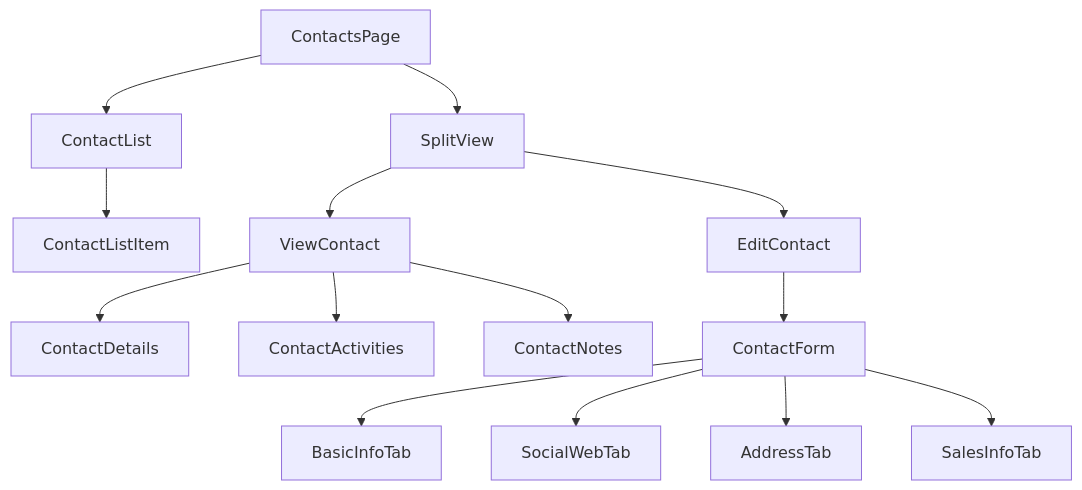
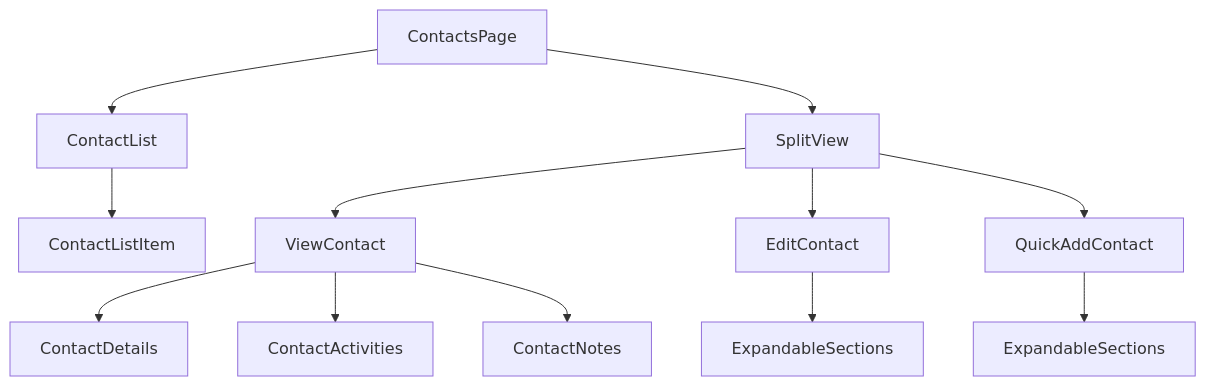
Before and after one commit to Shuggster/BonCRM: the second of 2 diagrams in Documentation/3-implementation-guides/CONTACTS_IMPLEMENTATION.md, drawn with Mermaid. The commit also changed other lines of this file and 47 other files, not shown here.

````diff
--- a/Documentation/3-implementation-guides/CONTACTS_IMPLEMENTATION.md
+++ b/Documentation/3-implementation-guides/CONTACTS_IMPLEMENTATION.md
@@ -68,18 +68,16 @@
 ```mermaid
 graph TD
     A[ContactsPage] --> B[ContactList]
     A --> C[SplitView]
     B --> D[ContactListItem]
     C --> E[ViewContact]
     C --> F[EditContact]
+    C --> G[QuickAddContact]
     
-    E --> G[ContactDetails]
-    E --> H[ContactActivities]
-    E --> I[ContactNotes]
+    E --> H[ContactDetails]
+    E --> I[ContactActivities]
+    E --> J[ContactNotes]
     
-    F --> J[ContactForm]
-    J --> K[BasicInfoTab]
-    J --> L[SocialWebTab]
-    J --> M[AddressTab]
-    J --> N[SalesInfoTab]
+    F --> K[ExpandableSections]
+    G --> L[ExpandableSections]
 ```
````
